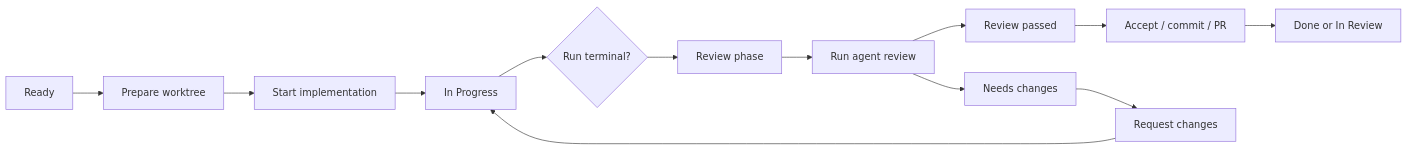
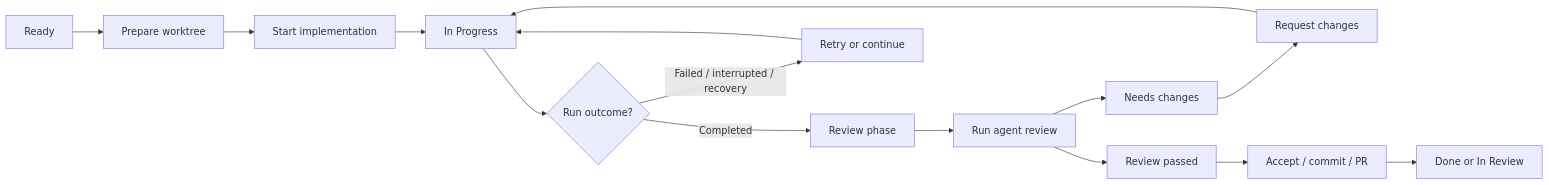
One commit to RojhatToptamus/task-monki changed the diagram in docs/PRODUCT_WORKFLOW.md. Above: the diagram before and after it, drawn with Mermaid. The commit also changed other lines of this file and 135 other files, not shown here.

````diff
--- a/docs/PRODUCT_WORKFLOW.md
+++ b/docs/PRODUCT_WORKFLOW.md
@@ -163,15 +168,17 @@
 ```mermaid
 flowchart LR
   Ready["Ready"] --> Prepare["Prepare worktree"]
   Prepare --> Start["Start implementation"]
   Start --> Progress["In Progress"]
-  Progress --> Terminal{"Run terminal?"}
-  Terminal --> Review["Review phase"]
+  Progress --> Terminal{"Run outcome?"}
+  Terminal -->|Completed| Review["Review phase"]
+  Terminal -->|Failed / interrupted / recovery| Retry["Retry or continue"]
+  Retry --> Progress
   Review --> Gate["Run agent review"]
   Gate --> Passed["Review passed"]
   Gate --> Changes["Needs changes"]
   Changes --> FollowUp["Request changes"]
   FollowUp --> Progress
   Passed --> Accept["Accept / commit / PR"]
   Accept --> Done["Done or In Review"]
 ```
````
